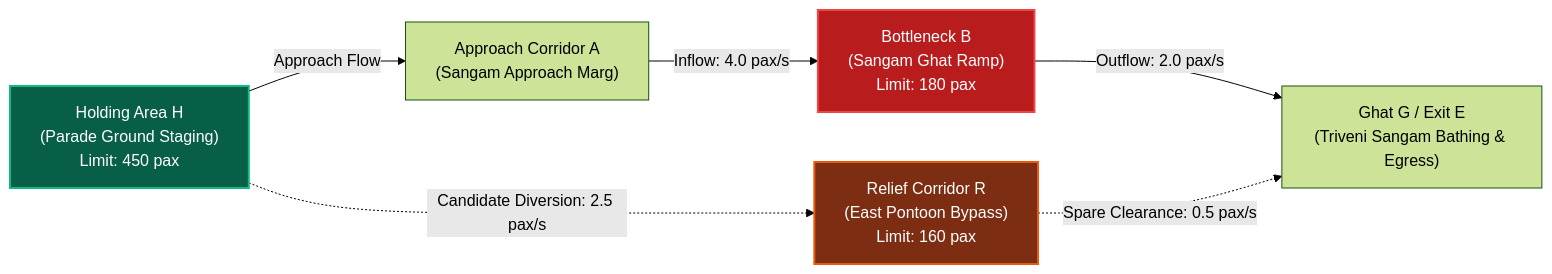
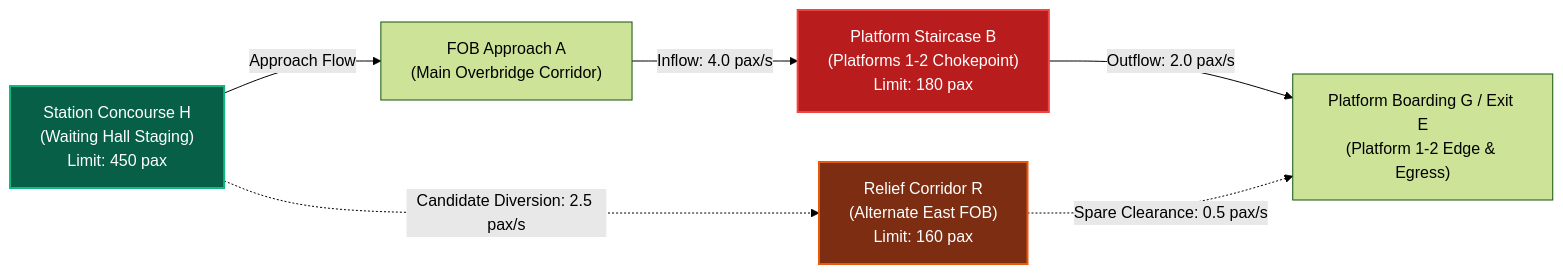
One commit to shoryamittal/Crowd-Flow-Management-Predictive-Systems changed the diagram in README.md. Above: the diagram before and after it, drawn with Mermaid (forest theme). The commit also changed other lines of this file and 14 other files, not shown here.

````diff
--- a/README.md
+++ b/README.md
@@ -56,13 +57,13 @@
 ```mermaid
 graph LR
-    H["Holding Area H<br/>(Parade Ground Staging)<br/>Limit: 450 pax"] -->|Approach Flow| A["Approach Corridor A<br/>(Sangam Approach Marg)"]
-    A -->|Inflow: 4.0 pax/s| B["Bottleneck B<br/>(Sangam Ghat Ramp)<br/>Limit: 180 pax"]
-    B -->|Outflow: 2.0 pax/s| G["Ghat G / Exit E<br/>(Triveni Sangam Bathing & Egress)"]
+    H["Station Concourse H<br/>(Waiting Hall Staging)<br/>Limit: 450 pax"] -->|Approach Flow| A["FOB Approach A<br/>(Main Overbridge Corridor)"]
+    A -->|Inflow: 4.0 pax/s| B["Platform Staircase B<br/>(Platforms 1-2 Chokepoint)<br/>Limit: 180 pax"]
+    B -->|Outflow: 2.0 pax/s| G["Platform Boarding G / Exit E<br/>(Platform 1-2 Edge & Egress)"]
     
-    H -.->|Candidate Diversion: 2.5 pax/s| R["Relief Corridor R<br/>(East Pontoon Bypass)<br/>Limit: 160 pax"]
+    H -.->|Candidate Diversion: 2.5 pax/s| R["Relief Corridor R<br/>(Alternate East FOB)<br/>Limit: 160 pax"]
     R -.->|Spare Clearance: 0.5 pax/s| G
 
     style B fill:#b91c1c,stroke:#ef4444,stroke-width:2px,color:#fff
     style R fill:#7c2d12,stroke:#ea580c,stroke-width:2px,color:#fff
     style H fill:#065f46,stroke:#10b981,stroke-width:2px,color:#fff
 ```
````
